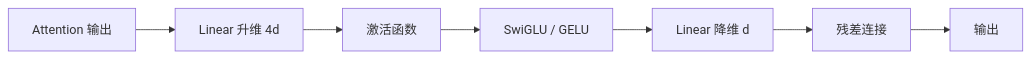
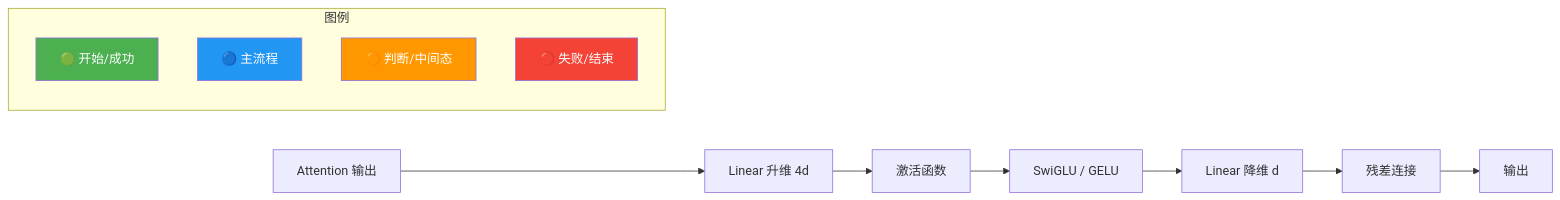
Before and after one commit to SunArthur86/interview-2026: the diagram in questions/llm-core/xhw-001.md, drawn with Mermaid. The commit also changed other lines of this file and 3180 other files, not shown here.

First line of the commit message:
Mermaid颜色增强99% + 面试频率分类(高频1571/中频1115/低频461)

````diff
--- a/questions/llm-core/xhw-001.md
+++ b/questions/llm-core/xhw-001.md
@@ -71,9 +72,33 @@
 ```mermaid
 flowchart LR
+    classDef start fill:#4CAF50,color:#fff
+    classDef process fill:#2196F3,color:#fff
+    classDef decision fill:#FF9800,color:#fff
+    classDef special fill:#9C27B0,color:#fff
+    classDef error fill:#f44336,color:#fff
+    classDef info fill:#607D8B,color:#fff
+    class A start
+    class Attention process
+    class B decision
+    class C special
+    class D error
+    class E info
+    class F start
+    class G process
+    class GELU decision
+    class Linear special
+    class SwiGLU error
+    class d info
     A[Attention 输出] --> B[Linear 升维 4d]
     B --> C[激活函数]
     C --> D[SwiGLU / GELU]
     D --> E[Linear 降维 d]
     E --> F[残差连接]
     F --> G[输出]
+    subgraph Legend["图例"]
+        L1["🟢 开始/成功"]:::start
+        L2["🔵 主流程"]:::process
+        L3["🟠 判断/中间态"]:::decision
+        L4["🔴 失败/结束"]:::error
+    end
 ```
````
